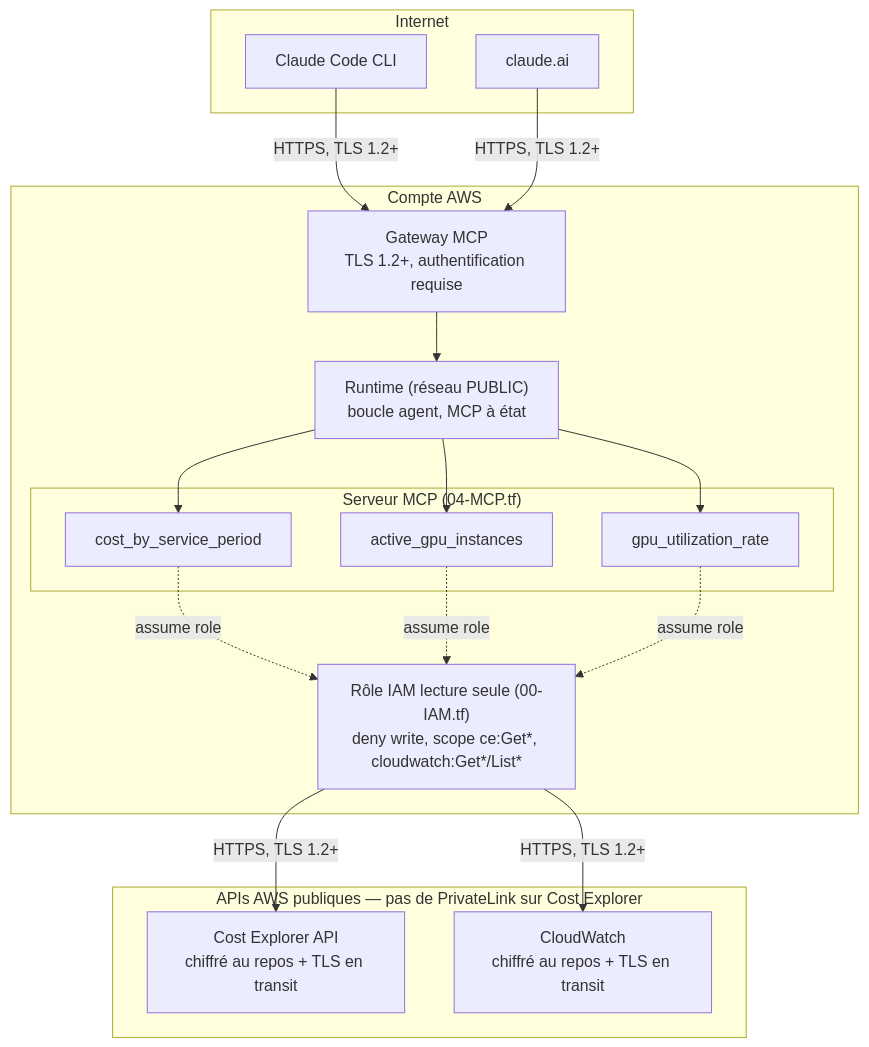
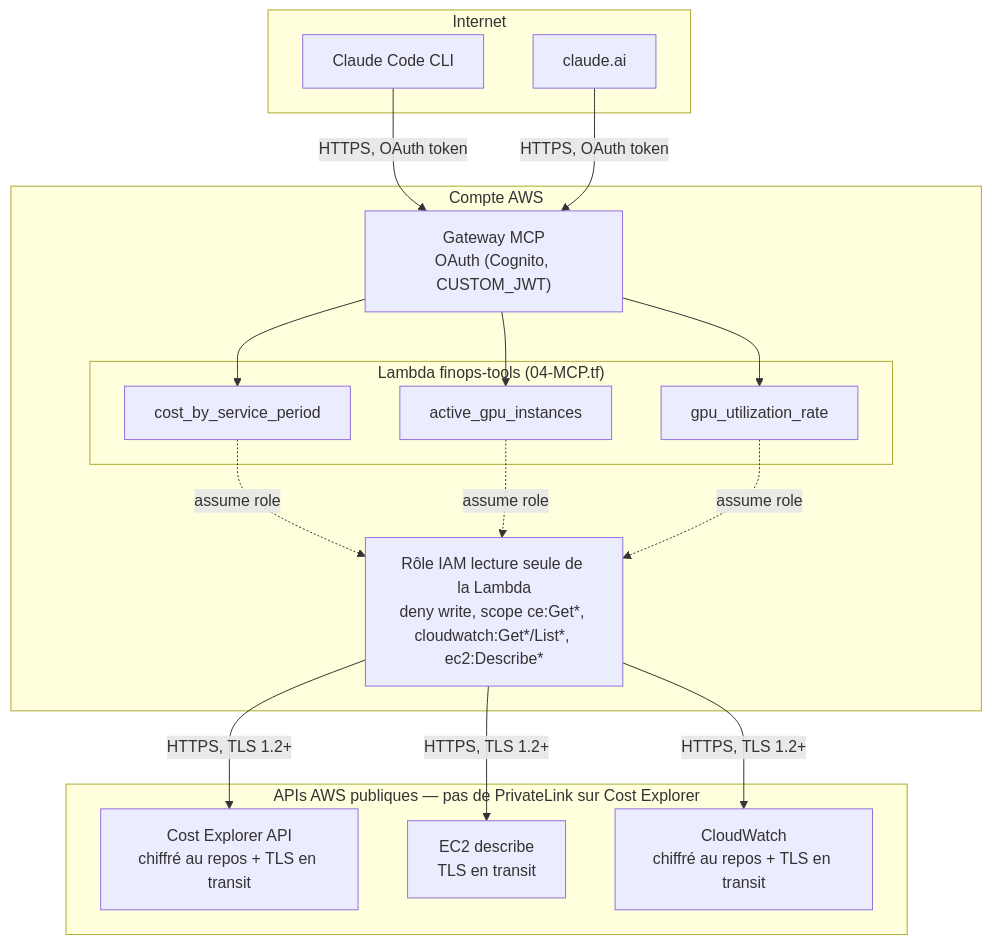
The second of 2 diagrams in README.md (PhenixForge/AWS-FinOps-agent-with-MCP), drawn with Mermaid before and after one commit. The commit also changed other lines of this file and 3 other files, not shown here.

````diff
--- a/README.md
+++ b/README.md
@@ -59,37 +61,37 @@
 ```mermaid
 flowchart TD
     subgraph Internet["Internet"]
         CLI["Claude Code CLI"]
         Chat["claude.ai"]
     end
 
     subgraph AWSAccount["Compte AWS"]
-        GW["Gateway MCP<br/>TLS 1.2+, authentification requise"]
-        RT["Runtime (réseau PUBLIC)<br/>boucle agent, MCP à état"]
+        GW["Gateway MCP<br/>OAuth (Cognito, CUSTOM_JWT)"]
 
-        subgraph MCPServer["Serveur MCP (04-MCP.tf)"]
+        subgraph MCPServer["Lambda finops-tools (04-MCP.tf)"]
             T1["cost_by_service_period"]
             T2["active_gpu_instances"]
             T3["gpu_utilization_rate"]
         end
 
-        Role["Rôle IAM lecture seule (00-IAM.tf)<br/>deny write, scope ce:Get*, cloudwatch:Get*/List*"]
+        Role["Rôle IAM lecture seule de la Lambda<br/>deny write, scope ce:Get*, cloudwatch:Get*/List*, ec2:Describe*"]
     end
 
     subgraph APIsAWS["APIs AWS publiques — pas de PrivateLink sur Cost Explorer"]
         CE["Cost Explorer API<br/>chiffré au repos + TLS en transit"]
+        EC2["EC2 describe<br/>TLS en transit"]
         CW["CloudWatch<br/>chiffré au repos + TLS en transit"]
     end
 
-    CLI -->|HTTPS, TLS 1.2+| GW
-    Chat -->|HTTPS, TLS 1.2+| GW
-    GW --> RT
-    RT --> T1
-    RT --> T2
-    RT --> T3
+    CLI -->|HTTPS, OAuth token| GW
+    Chat -->|HTTPS, OAuth token| GW
+    GW --> T1
+    GW --> T2
+    GW --> T3
     T1 -.->|assume role| Role
     T2 -.->|assume role| Role
     T3 -.->|assume role| Role
     Role -->|HTTPS, TLS 1.2+| CE
+    Role -->|HTTPS, TLS 1.2+| EC2
     Role -->|HTTPS, TLS 1.2+| CW
 ```
````
